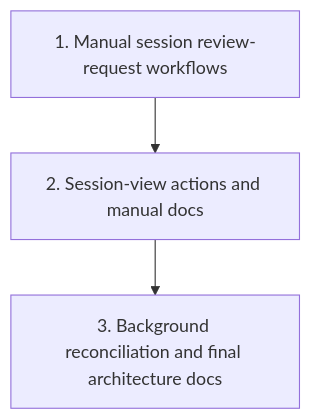
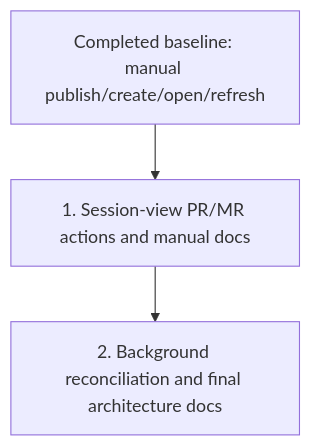
The diagram in docs/plan/forge_review_request_support.md (agentty-xyz/agentty), drawn with Mermaid before and after one commit. The commit also changed other lines of this file, not shown here.

First line of the commit message:
Reprioritize forge review-request roadmap around session-view delivery

````diff
--- a/docs/plan/forge_review_request_support.md
+++ b/docs/plan/forge_review_request_support.md
@@ -101,5 +83,5 @@
 ```mermaid
 graph TD
-    P1[1. Manual session review-request workflows] --> P2[2. Session-view actions and manual docs]
-    P2 --> P3[3. Background reconciliation and final architecture docs]
+    B[Completed baseline: manual publish/create/open/refresh] --> P1[1. Session-view PR/MR actions and manual docs]
+    P1 --> P2[2. Background reconciliation and final architecture docs]
 ```
````
